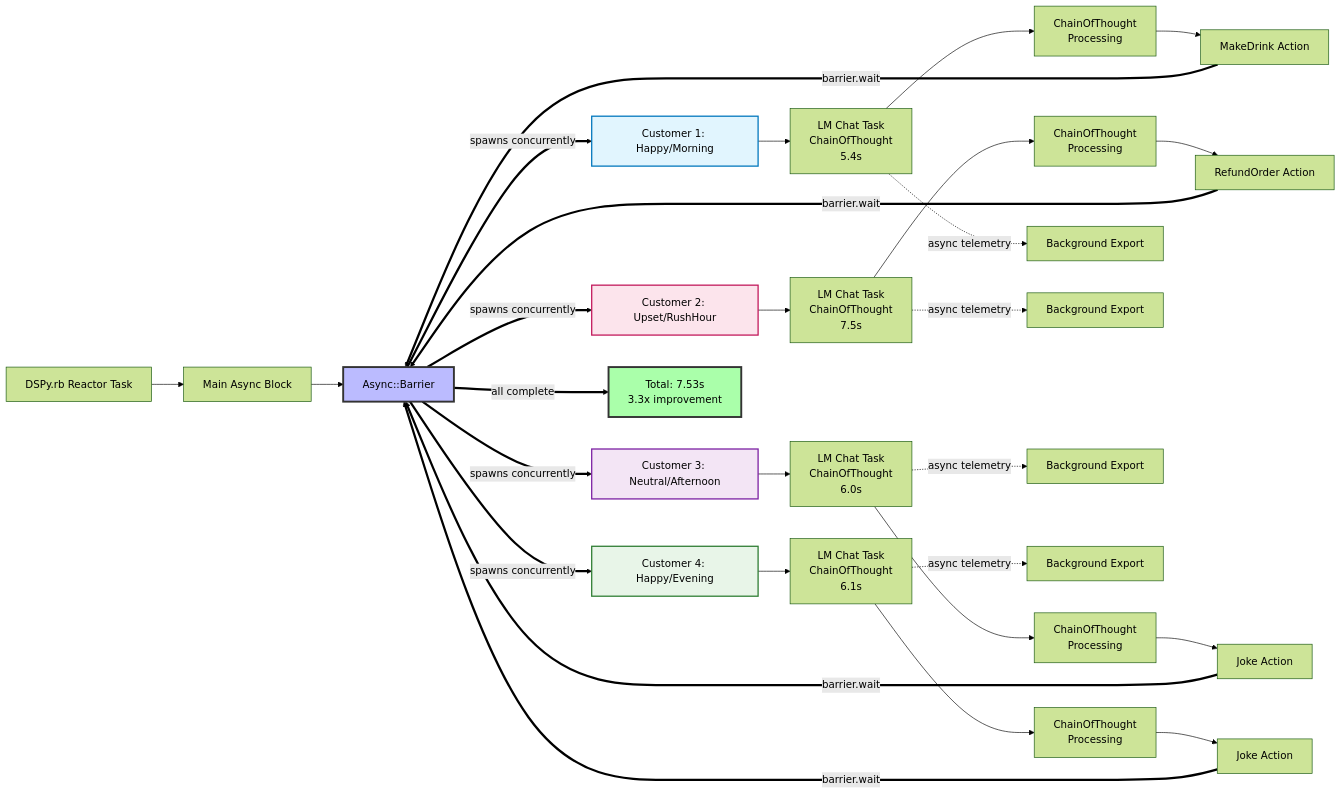
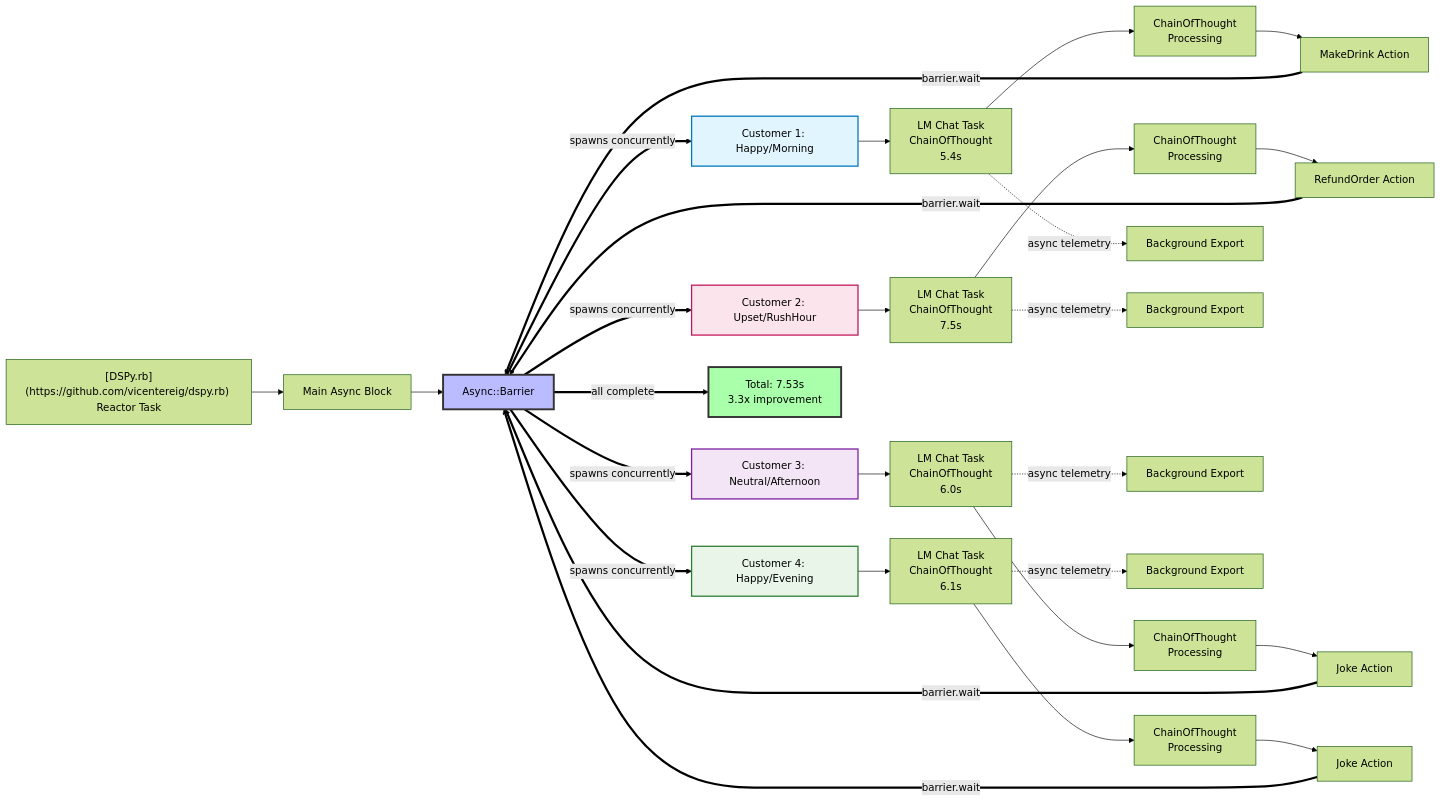
The second of 2 diagrams in docs/src/_articles/dspy-rb-concurrent-architecture-deep-dive.md (vicentereig/dspy.rb), drawn with Mermaid (forest theme) before and after one commit. The commit also changed other lines of this file and 63 other files, not shown here.

````diff
--- a/docs/src/_articles/dspy-rb-concurrent-architecture-deep-dive.md
+++ b/docs/src/_articles/dspy-rb-concurrent-architecture-deep-dive.md
@@ -201,34 +221,34 @@
 ```mermaid
 flowchart LR
-    R["DSPy.rb Reactor Task"] --> MA["Main Async Block"]
+    R["[DSPy.rb](https://github.com/vicentereig/dspy.rb) Reactor Task"] --> MA["Main Async Block"]
     MA --> AB["Async::Barrier"]
     AB == spawns concurrently ==> C1["Customer 1: Happy/Morning"] & C2["Customer 2: Upset/RushHour"] & C3["Customer 3: Neutral/Afternoon"] & C4["Customer 4: Happy/Evening"]
     
     C1 --> LM1["LM Chat Task<br/>ChainOfThought<br/>5.4s"]
     C2 --> LM2["LM Chat Task<br/>ChainOfThought<br/>7.5s"]
     C3 --> LM3["LM Chat Task<br/>ChainOfThought<br/>6.0s"] 
     C4 --> LM4["LM Chat Task<br/>ChainOfThought<br/>6.1s"]
     
     LM1 --> COT1["ChainOfThought<br/>Processing"] --> MD1["MakeDrink Action"]
     LM2 --> COT2["ChainOfThought<br/>Processing"] --> RO2["RefundOrder Action"]
     LM3 --> COT3["ChainOfThought<br/>Processing"] --> J3["Joke Action"]
     LM4 --> COT4["ChainOfThought<br/>Processing"] --> J4["Joke Action"]
     
     LM1 -. async telemetry .-> T1["Background Export"]
     LM2 -. async telemetry .-> T2["Background Export"]
     LM3 -. async telemetry .-> T3["Background Export"]
     LM4 -. async telemetry .-> T4["Background Export"]
     
     MD1 == "barrier.wait" ==> AB
     RO2 == "barrier.wait" ==> AB  
     J3 == "barrier.wait" ==> AB
     J4 == "barrier.wait" ==> AB
     AB == all complete ==> Result["Total: 7.53s<br/>3.3x improvement"]
     
     style AB fill:#bbf,stroke:#333,stroke-width:3px
     style Result fill:#afa,stroke:#333,stroke-width:3px
     style C1 fill:#e1f5fe,stroke:#0277bd,stroke-width:2px
     style C2 fill:#fce4ec,stroke:#c2185b,stroke-width:2px
     style C3 fill:#f3e5f5,stroke:#7b1fa2,stroke-width:2px
     style C4 fill:#e8f5e8,stroke:#2e7d32,stroke-width:2px
 ```
````
